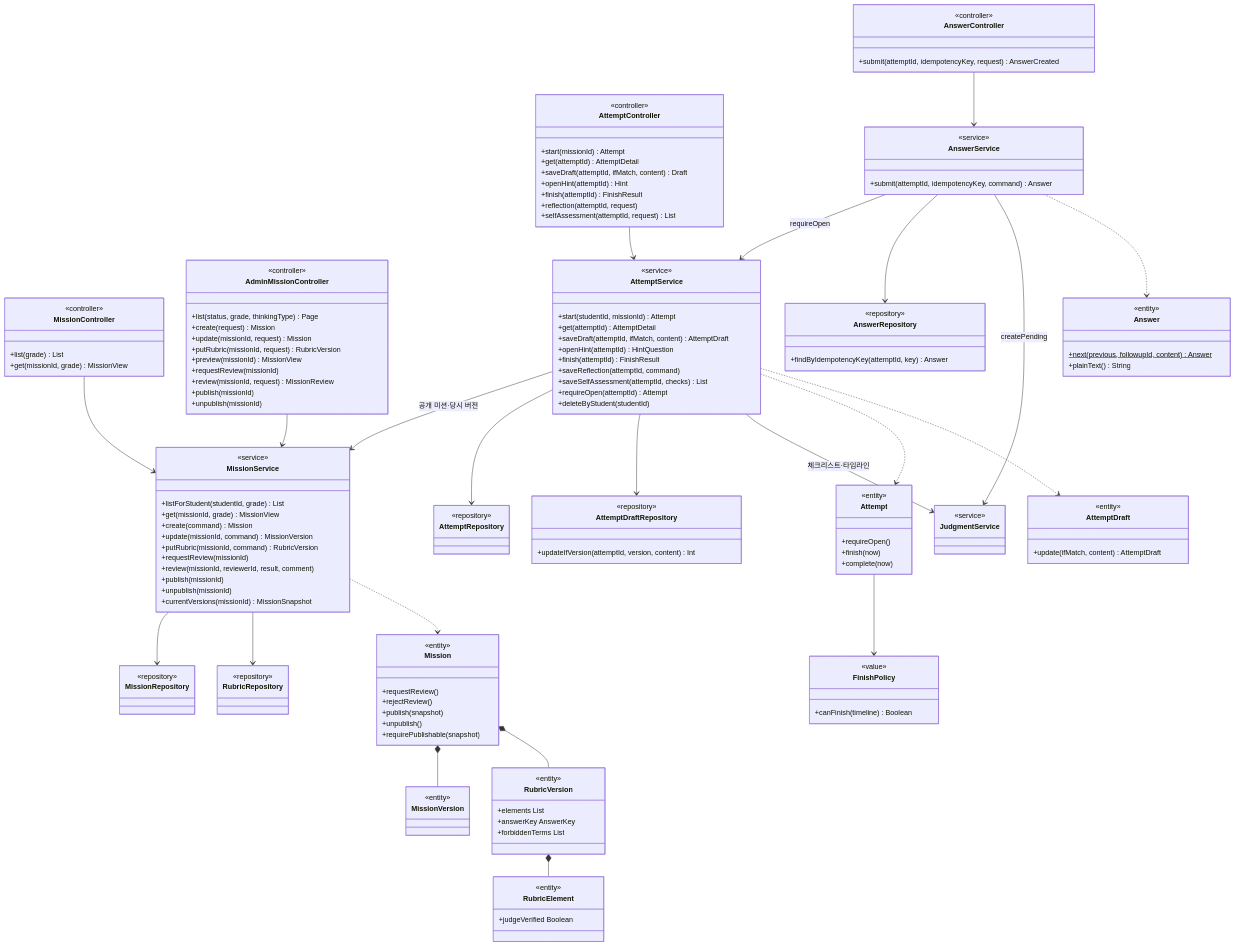
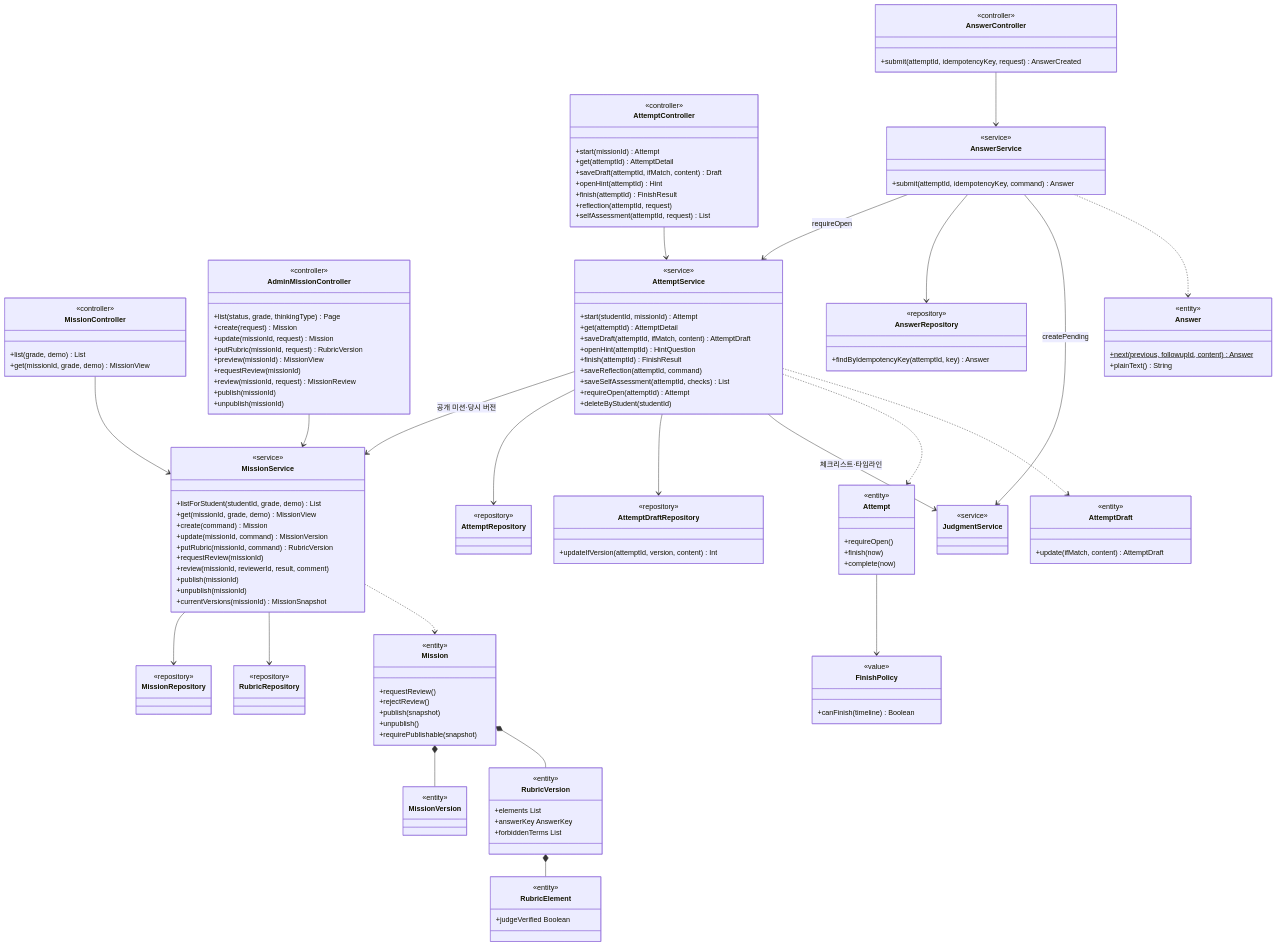
The eighth of 15 diagrams in docs/design/class-diagram.md (SKNETWORKS-FAMILY-AICAMP/SKN34-FINAL-3TEAM), drawn with Mermaid before and after one commit. The commit also changed 2 other files, not shown here.

Commit message:
docs: 미션 조회 내부 API의 grade·demo 쿼리와 시연 전용 노출 방식 설계 반영

```diff
--- a/docs/design/class-diagram.md
+++ b/docs/design/class-diagram.md
@@ -900,8 +900,8 @@
   direction TB
   class MissionController {
     <<controller>>
-    +list(grade) List
-    +get(missionId, grade) MissionView
+    +list(grade, demo) List
+    +get(missionId, grade, demo) MissionView
   }
   class AdminMissionController {
     <<controller>>
@@ -917,8 +917,8 @@
   }
   class MissionService {
     <<service>>
-    +listForStudent(studentId, grade) List
-    +get(missionId, grade) MissionView
+    +listForStudent(studentId, grade, demo) List
+    +get(missionId, grade, demo) MissionView
     +create(command) Mission
     +update(missionId, command) MissionVersion
     +putRubric(missionId, command) RubricVersion
```
